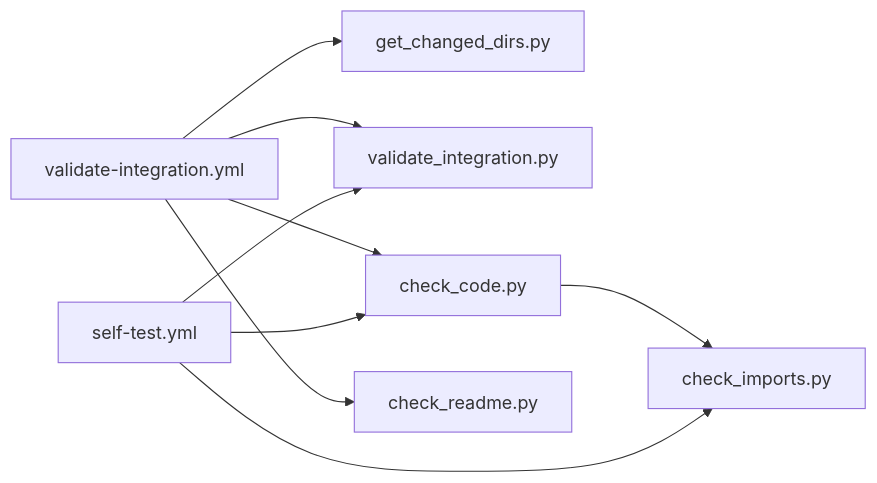
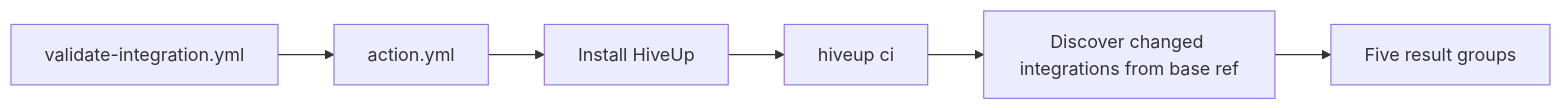
Before and after one commit to Autohive-AI/autohive-integrations-tooling: the second of 2 diagrams in scripts/docs/check_imports.md, drawn with Mermaid. The commit also changed other lines of this file and 57 other files, not shown here.

````diff
--- a/scripts/docs/check_imports.md
+++ b/scripts/docs/check_imports.md
@@ -137,11 +144,8 @@
 ```mermaid
 flowchart LR
-    A[validate-integration.yml] --> B[get_changed_dirs.py]
-    A --> C[validate_integration.py]
-    A --> D[check_code.py]
-    A --> E[check_readme.py]
-    D --> F[check_imports.py]
-    G[self-test.yml] --> C
-    G --> D
-    G --> F
+    A[validate-integration.yml] --> B[action.yml]
+    B --> C[Install HiveUp]
+    C --> D[hiveup ci]
+    D --> E[Discover changed integrations from base ref]
+    E --> F[Five result groups]
 ```
````
